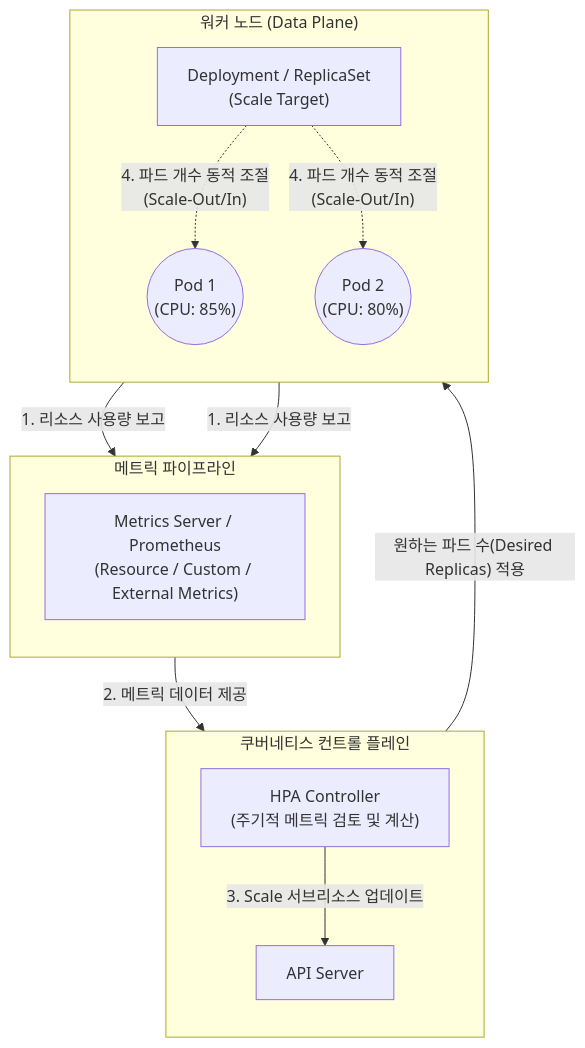
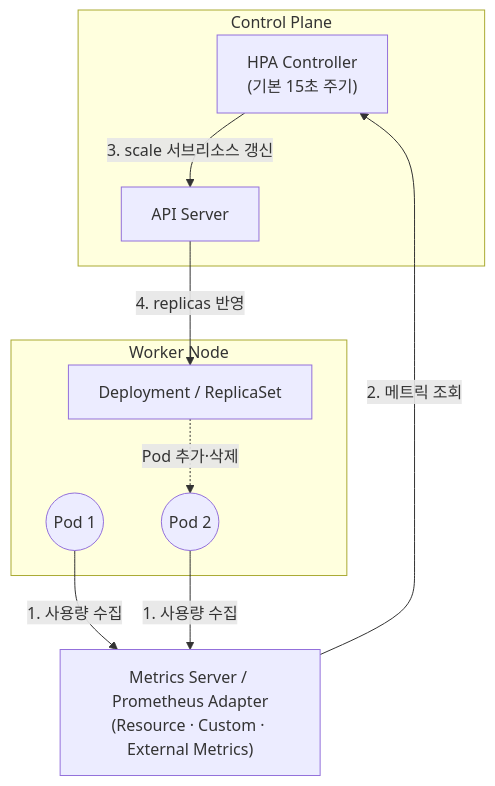
One commit to supremethumb/supremethumb.github.io changed the diagram in content/01_IT Tech/HPA (Horizontal Pod Autoscaler).md. Above: the diagram before and after it, drawn with Mermaid. The commit also changed other lines of this file and 1087 other files, not shown here.

````diff
--- a/content/01_IT Tech/HPA (Horizontal Pod Autoscaler).md
+++ b/content/01_IT Tech/HPA (Horizontal Pod Autoscaler).md
@@ -29,28 +35,20 @@
 ```mermaid
 flowchart TD
-    subgraph K8s_Control_Plane ["쿠버네티스 컨트롤 플레인"]
-        direction TB
-        HPA["HPA Controller<br/>(주기적 메트릭 검토 및 계산)"]
+    subgraph CP ["Control Plane"]
+        HPA["HPA Controller<br/>(기본 15초 주기)"]
         API["API Server"]
-        HPA -- "3. Scale 서브리소스 업데이트" --> API
+    end
+    MS["Metrics Server / Prometheus Adapter<br/>(Resource · Custom · External Metrics)"]
+    subgraph Node ["Worker Node"]
+        Deploy["Deployment / ReplicaSet"]
+        Pod1(("Pod 1"))
+        Pod2(("Pod 2"))
     end
 
-    subgraph Metrics_Pipeline ["메트릭 파이프라인"]
-        direction TB
-        MS["Metrics Server / Prometheus<br/>(Resource / Custom / External Metrics)"]
-    end
-
-    subgraph K8s_Data_Plane ["워커 노드 (Data Plane)"]
-        direction TB
-        Deploy["Deployment / ReplicaSet<br/>(Scale Target)"]
-        Pod1(("Pod 1<br/>(CPU: 85%)"))
-        Pod2(("Pod 2<br/>(CPU: 80%)"))
-        
-        Deploy -. "4. 파드 개수 동적 조절<br/>(Scale-Out/In)" .-> Pod1 & Pod2
-    end
-
-    Pod1 & Pod2 -- "1. 리소스 사용량 보고" --> MS
-    MS -- "2. 메트릭 데이터 제공" --> HPA
-    API -- "원하는 파드 수(Desired Replicas) 적용" --> Deploy
-
+    Pod1 -->|"1. 사용량 수집"| MS
+    Pod2 -->|"1. 사용량 수집"| MS
+    MS -->|"2. 메트릭 조회"| HPA
+    HPA -->|"3. scale 서브리소스 갱신"| API
+    API -->|"4. replicas 반영"| Deploy
+    Deploy -.->|"Pod 추가·삭제"| Pod2
 ```
````
